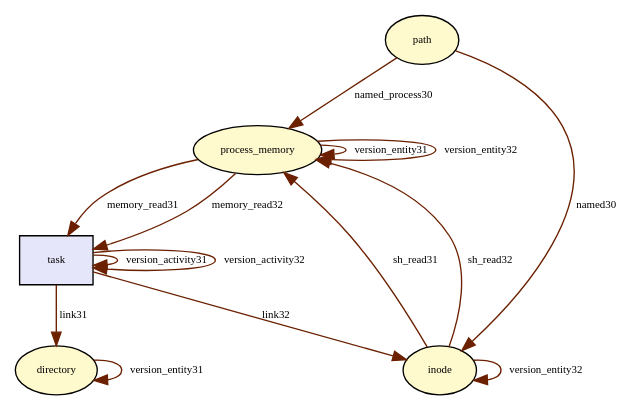
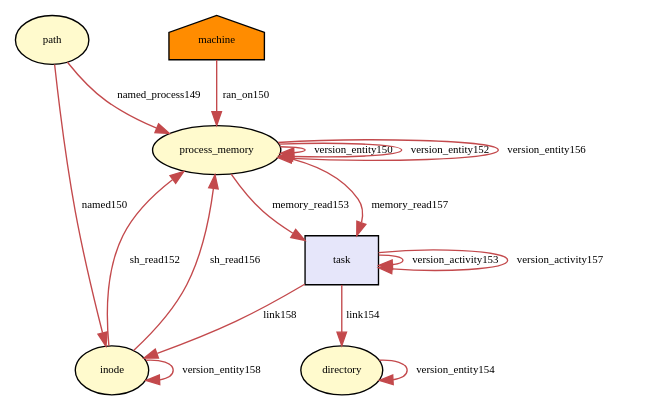
Before and after one commit to TinkerBellSystem/graph-matching: the diagram in tmp/provenance_inode_rename.dot, drawn with Graphviz. The commit also changed 76 other files, not shown here.

```diff
--- a/tmp/provenance_inode_rename.dot
+++ b/tmp/provenance_inode_rename.dot
@@ -1,39 +1,45 @@
 digraph RGL__DirectedAdjacencyGraph {path[fontsize = 8,label = "path",shape = ellipse, fillcolor="#fffacd", style = filled]
 
 process_memory[fontsize = 8,label = "process_memory",shape = ellipse, fillcolor="#fffacd", style = filled]
 
-path -> process_memory[fontsize = 8,label = "named_process30", color="#6b2000"]
+path -> process_memory[fontsize = 8,label = "named_process149", color="#c3494c"]
+
+process_memory -> process_memory[fontsize = 8,label = "version_entity150", color="#c3494c"]
+
+machine[fontsize = 8,label = "machine",shape = house, fillcolor="#ff8c00", style = filled]
+
+machine -> process_memory[fontsize = 8,label = "ran_on150", color="#c3494c"]
 
 inode[fontsize = 8,label = "inode",shape = ellipse, fillcolor="#fffacd", style = filled]
 
-path -> inode[fontsize = 8,label = "named30", color="#6b2000"]
+path -> inode[fontsize = 8,label = "named150", color="#c3494c"]
 
-process_memory -> process_memory[fontsize = 8,label = "version_entity31", color="#6b2000"]
+process_memory -> process_memory[fontsize = 8,label = "version_entity152", color="#c3494c"]
 
-inode -> process_memory[fontsize = 8,label = "sh_read31", color="#6b2000"]
+inode -> process_memory[fontsize = 8,label = "sh_read152", color="#c3494c"]
 
 task[fontsize = 8,label = "task",shape = rectangle, fillcolor="#e6e6fa", style = filled]
 
-task -> task[fontsize = 8,label = "version_activity31", color="#6b2000"]
+task -> task[fontsize = 8,label = "version_activity153", color="#c3494c"]
 
-process_memory -> task[fontsize = 8,label = "memory_read31", color="#6b2000"]
+process_memory -> task[fontsize = 8,label = "memory_read153", color="#c3494c"]
 
 directory[fontsize = 8,label = "directory",shape = ellipse, fillcolor="#fffacd", style = filled]
 
-directory -> directory[fontsize = 8,label = "version_entity31", color="#6b2000"]
+directory -> directory[fontsize = 8,label = "version_entity154", color="#c3494c"]
 
-task -> directory[fontsize = 8,label = "link31", color="#6b2000"]
+task -> directory[fontsize = 8,label = "link154", color="#c3494c"]
 
-process_memory -> process_memory[fontsize = 8,label = "version_entity32", color="#6b2000"]
+process_memory -> process_memory[fontsize = 8,label = "version_entity156", color="#c3494c"]
 
-inode -> process_memory[fontsize = 8,label = "sh_read32", color="#6b2000"]
+inode -> process_memory[fontsize = 8,label = "sh_read156", color="#c3494c"]
 
-task -> task[fontsize = 8,label = "version_activity32", color="#6b2000"]
+task -> task[fontsize = 8,label = "version_activity157", color="#c3494c"]
 
-process_memory -> task[fontsize = 8,label = "memory_read32", color="#6b2000"]
+process_memory -> task[fontsize = 8,label = "memory_read157", color="#c3494c"]
 
-inode -> inode[fontsize = 8,label = "version_entity32", color="#6b2000"]
+inode -> inode[fontsize = 8,label = "version_entity158", color="#c3494c"]
 
-task -> inode[fontsize = 8,label = "link32", color="#6b2000"]
+task -> inode[fontsize = 8,label = "link158", color="#c3494c"]
 
 }
```
